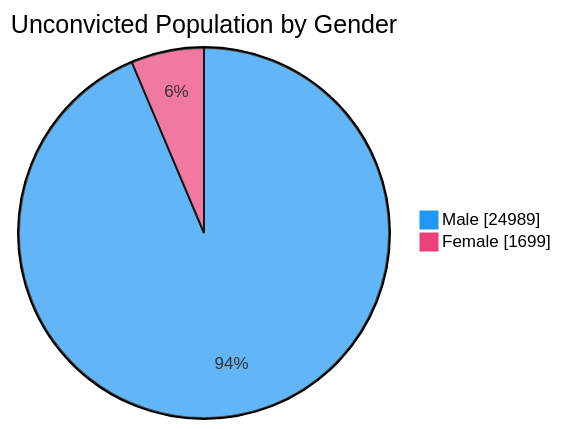
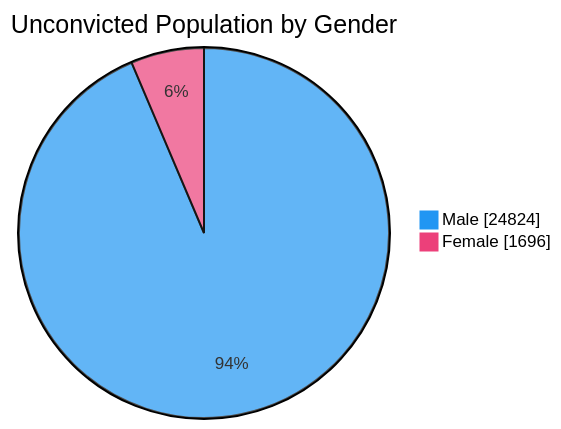
Before and after one commit to nuuuwan/lk_prisons: the fourth of 7 diagrams in README.md, drawn with Mermaid. The commit also changed other lines of this file and 1 other file, not shown here.

````diff
--- a/README.md
+++ b/README.md
@@ -76,6 +76,6 @@
 ```mermaid
 %%{init: {'themeVariables': {'pie1': '#2196F3', 'pie2': '#EC407A'}}}%%
 pie showData title Unconvicted Population by Gender
-    "Male" : 24989
-    "Female" : 1699
+    "Male" : 24824
+    "Female" : 1696
 ```
````
